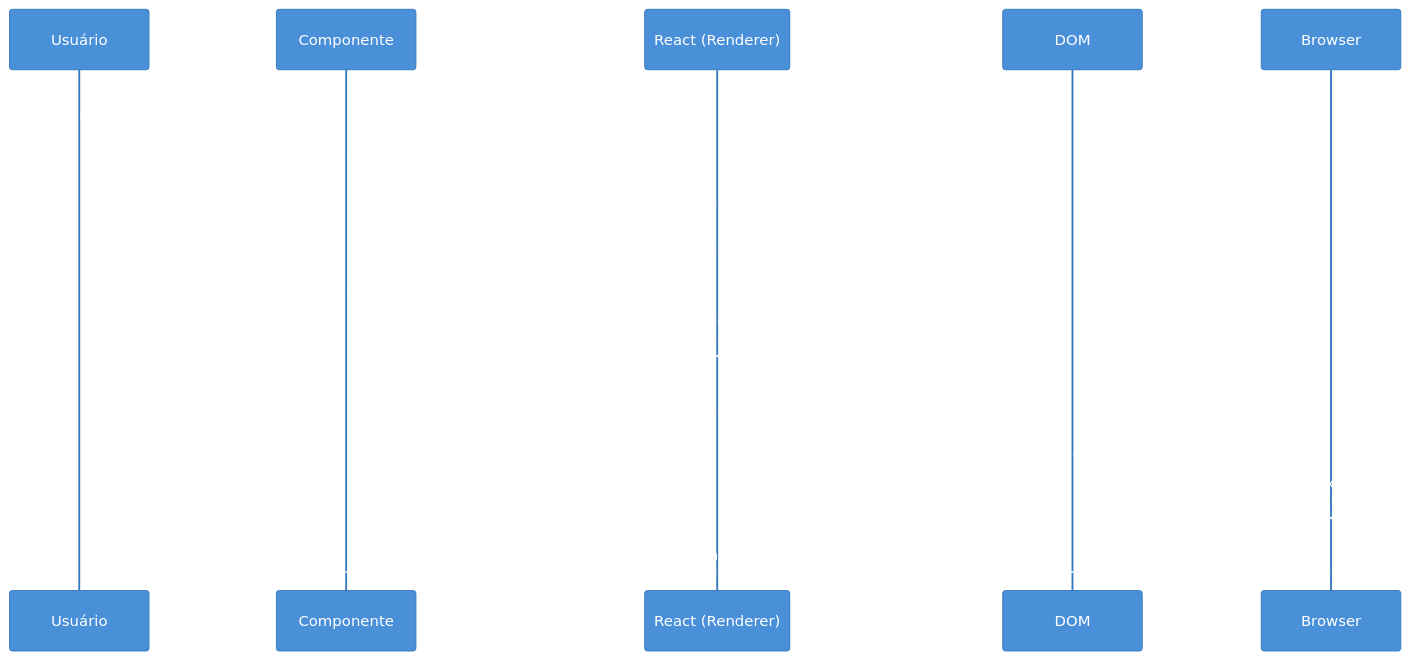
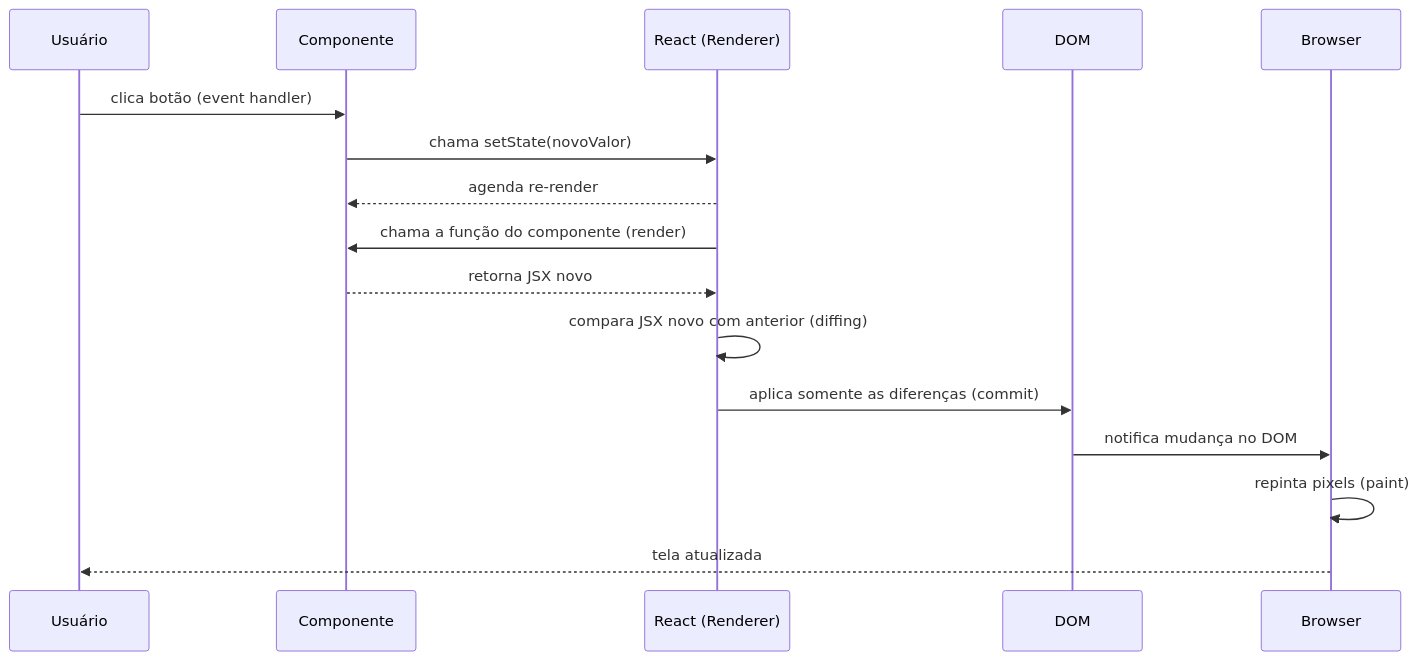
Before and after one commit to josenaldo/codex-technomanticus: the second of 2 diagrams in 03-Dominios/Tecnologia/React/React core/04 - Renderização - o que dispara um render.md, drawn with Mermaid. The commit also changed other lines of this file and 1181 other files, not shown here.

First line of the commit message:
fix(diagramas): paleta do sistema no lugar de cor cravada no markdown

````diff
--- a/03-Dominios/Tecnologia/React/React core/04 - Renderização - o que dispara um render.md
+++ b/03-Dominios/Tecnologia/React/React core/04 - Renderização - o que dispara um render.md
@@ -253,20 +255,19 @@
 ```mermaid
-%%{init: {"theme": "base", "themeVariables": {"primaryColor": "#4A90D9", "primaryTextColor": "#fff", "primaryBorderColor": "#357ABD", "lineColor": "#666"}}}%%
 sequenceDiagram
     participant U as Usuário
     participant C as Componente
     participant R as React (Renderer)
     participant D as DOM
     participant B as Browser
 
     U->>C: clica botão (event handler)
     C->>R: chama setState(novoValor)
     R-->>C: agenda re-render
     R->>C: chama a função do componente (render)
     C-->>R: retorna JSX novo
     R->>R: compara JSX novo com anterior (diffing)
     R->>D: aplica somente as diferenças (commit)
     D->>B: notifica mudança no DOM
     B->>B: repinta pixels (paint)
     B-->>U: tela atualizada
 ```
````
